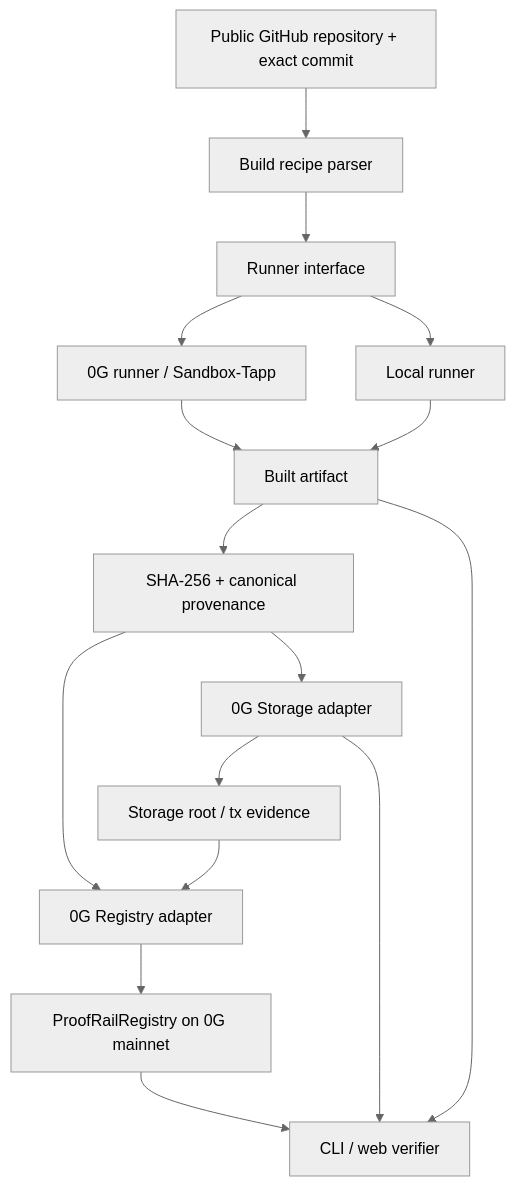
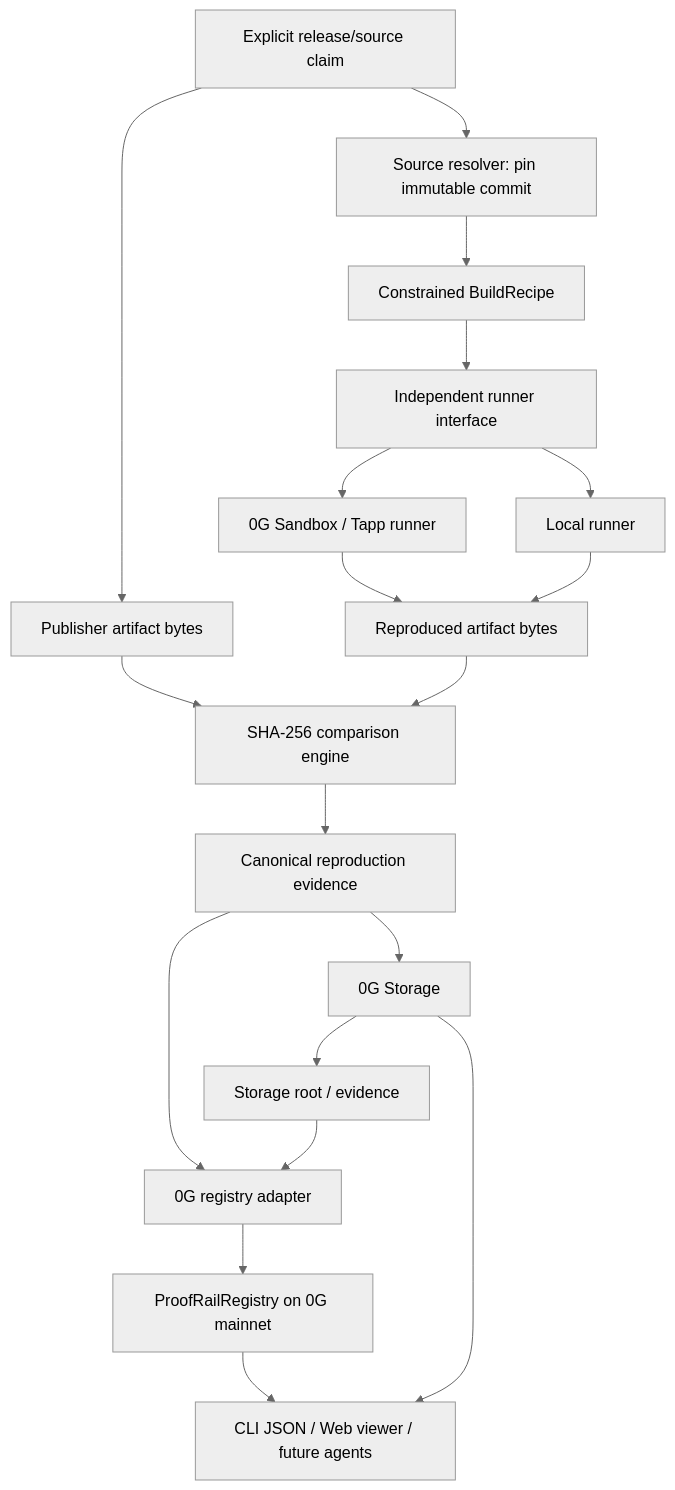
The diagram in docs/03-architecture.md (Ollie202/aegisone), drawn with Mermaid (neutral theme) before and after one commit. The commit also changed other lines of this file and 23 other files, not shown here.

Commit message:
docs: sharpen ProofRail trust model and independent reproduction thesis

````diff
--- a/docs/03-architecture.md
+++ b/docs/03-architecture.md
@@ -7,18 +9,21 @@
 ```mermaid
 flowchart TD
-  A[Public GitHub repository + exact commit] --> B[Build recipe parser]
-  B --> C[Runner interface]
-  C --> C1[Local runner]
-  C --> C2[0G runner / Sandbox-Tapp]
-  C2 --> D[Built artifact]
-  C1 --> D
-  D --> E[SHA-256 + canonical provenance]
-  E --> F[0G Storage adapter]
-  F --> G[Storage root / tx evidence]
-  E --> H[0G Registry adapter]
-  G --> H
-  H --> I[ProofRailRegistry on 0G mainnet]
-  I --> J[CLI / web verifier]
-  F --> J
-  D --> J
+  A["Explicit release/source claim"] --> B["Source resolver: pin immutable commit"]
+  A --> P["Publisher artifact bytes"]
+  B --> C["Constrained BuildRecipe"]
+  C --> D["Independent runner interface"]
+  D --> D1["Local runner"]
+  D --> D2["0G Sandbox / Tapp runner"]
+  D2 --> E["Reproduced artifact bytes"]
+  D1 --> E
+  P --> F["SHA-256 comparison engine"]
+  E --> F
+  F --> G["Canonical reproduction evidence"]
+  G --> H["0G Storage"]
+  H --> I["Storage root / evidence"]
+  G --> J["0G registry adapter"]
+  I --> J
+  J --> K["ProofRailRegistry on 0G mainnet"]
+  K --> L["CLI JSON / Web viewer / future agents"]
+  H --> L
 ```
````
